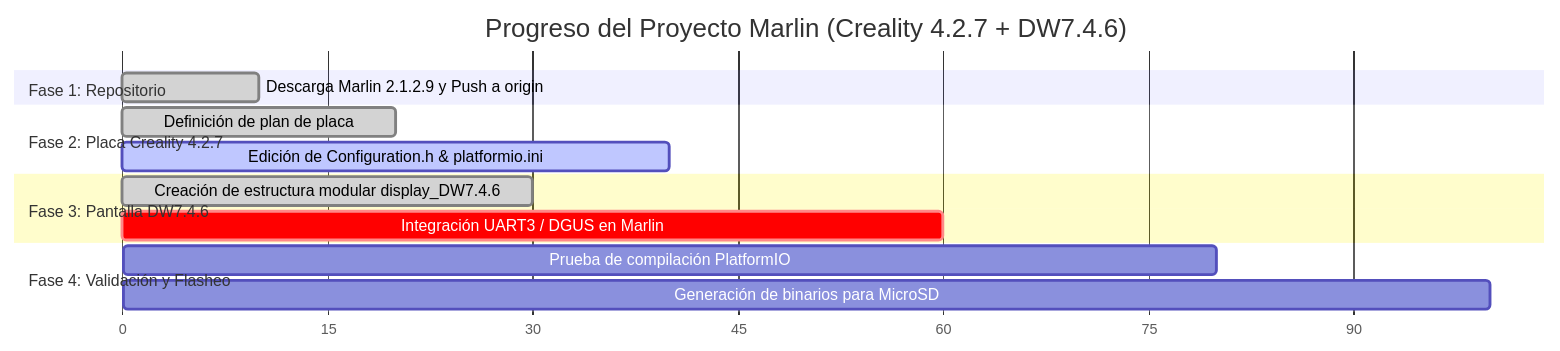
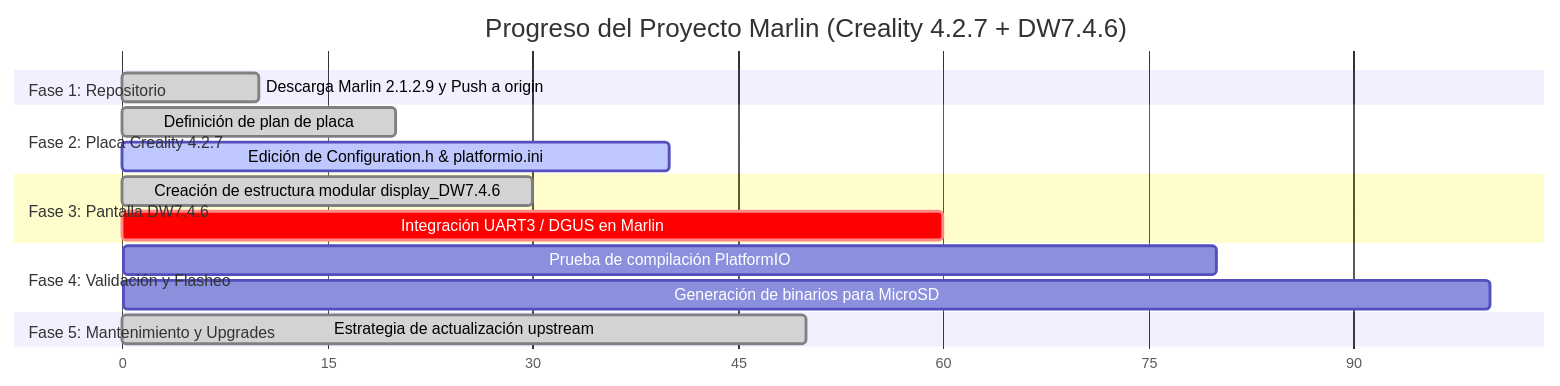
One commit to enav12/Marlin changed the diagram in PLAN_MAESTRO.md. Above: the diagram before and after it, drawn with Mermaid. The commit also changed other lines of this file, not shown here.

Commit message:
Update PLAN_MAESTRO.md with upstream upgrade strategy

````diff
--- a/PLAN_MAESTRO.md
+++ b/PLAN_MAESTRO.md
@@ -21,17 +22,19 @@
 ```mermaid
 gantt
     title Progreso del Proyecto Marlin (Creality 4.2.7 + DW7.4.6)
     dateFormat  X
     axisFormat %s
     section Fase 1: Repositorio
     Descarga Marlin 2.1.2.9 y Push a origin        :done, 0, 10
     section Fase 2: Placa Creality 4.2.7
     Definición de plan de placa                    :done, 10, 20
     Edición de Configuration.h & platformio.ini    :active, 20, 40
     section Fase 3: Pantalla DW7.4.6
     Creación de estructura modular display_DW7.4.6 :done, 20, 30
     Integración UART3 / DGUS en Marlin             :crit, 40, 60
     section Fase 4: Validación y Flasheo
     Prueba de compilación PlatformIO               :60, 80
     Generación de binarios para MicroSD            :80, 100
+    section Fase 5: Mantenimiento y Upgrades
+    Estrategia de actualización upstream           :done, 30, 50
 ```
````
